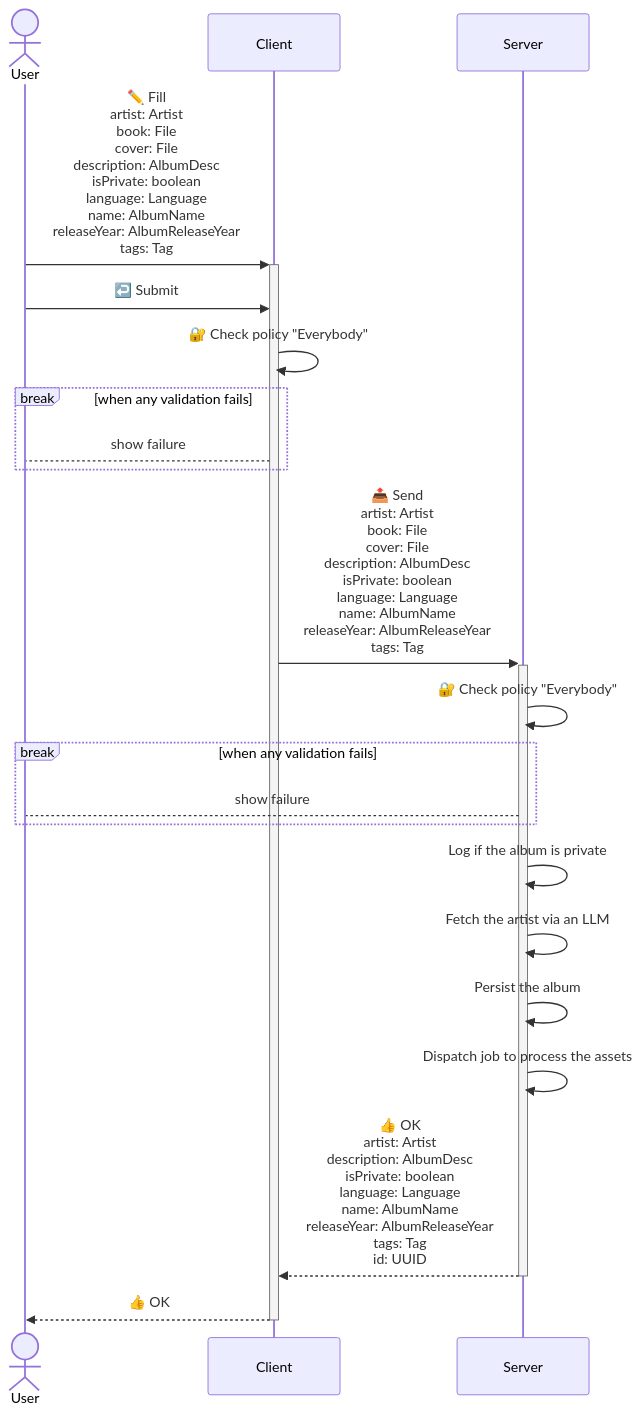
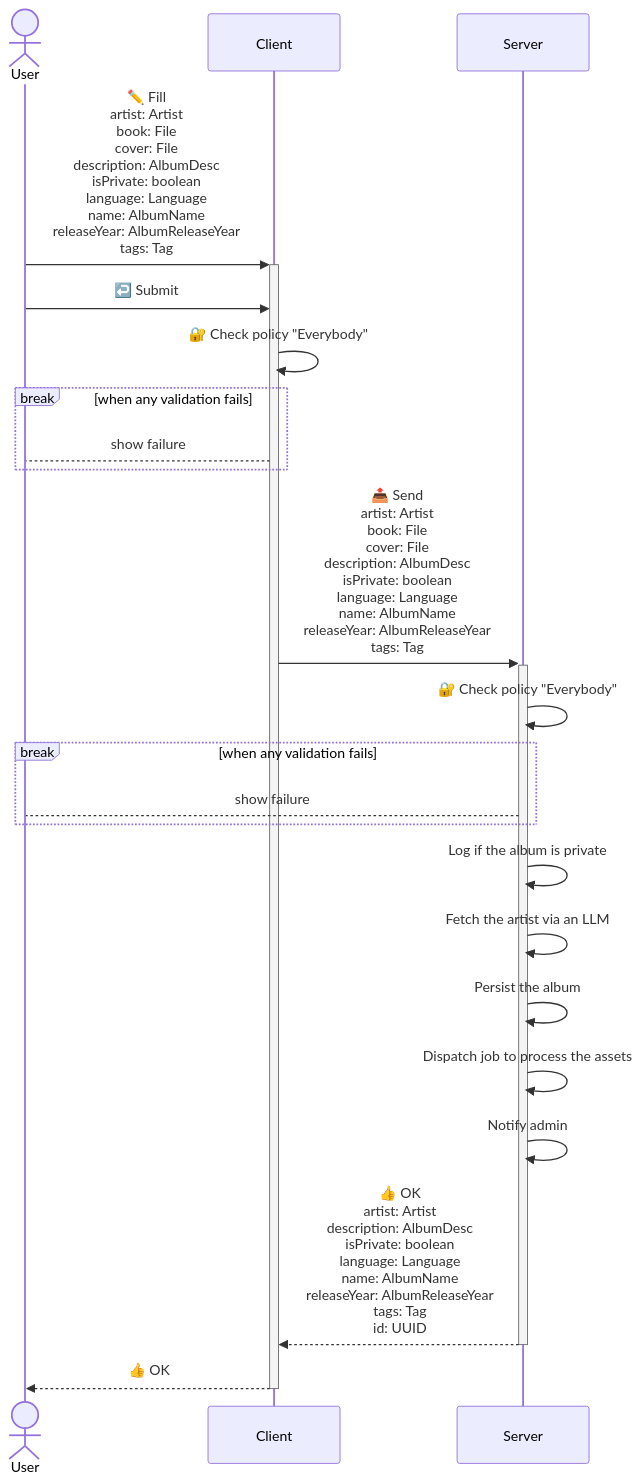
One commit to c100k/libmodulor changed the first of 6 diagrams in examples/apps/Spotify/README.md. Above: the diagram before and after it, drawn with Mermaid. The commit also changed 19 other files, not shown here.

````diff
--- a/examples/apps/Spotify/README.md
+++ b/examples/apps/Spotify/README.md
@@ -52,21 +52,22 @@
 ```mermaid
 sequenceDiagram
     actor User
     User->>+Client: ✏️ Fill<br/>artist: Artist<br/>book: File<br/>cover: File<br/>description: AlbumDesc<br/>isPrivate: boolean<br/>language: Language<br/>name: AlbumName<br/>releaseYear: AlbumReleaseYear<br/>tags: Tag
     User->>Client: ↩️ Submit
     Client->>Client: 🔐 Check policy "Everybody"
     break when any validation fails
         Client-->User: show failure
     end
     Client->>+Server: 📤 Send<br/>artist: Artist<br/>book: File<br/>cover: File<br/>description: AlbumDesc<br/>isPrivate: boolean<br/>language: Language<br/>name: AlbumName<br/>releaseYear: AlbumReleaseYear<br/>tags: Tag
     Server->>Server: 🔐 Check policy "Everybody"
     break when any validation fails
         Server-->User: show failure
     end
     Server->>Server: Log if the album is private
     Server->>Server: Fetch the artist via an LLM
     Server->>Server: Persist the album
     Server->>Server: Dispatch job to process the assets
+    Server->>Server: Notify admin
     Server-->>-Client: 👍 OK<br/>artist: Artist<br/>description: AlbumDesc<br/>isPrivate: boolean<br/>language: Language<br/>name: AlbumName<br/>releaseYear: AlbumReleaseYear<br/>tags: Tag<br/>id: UUID
     Client-->>-User: 👍 OK
 ```
````
